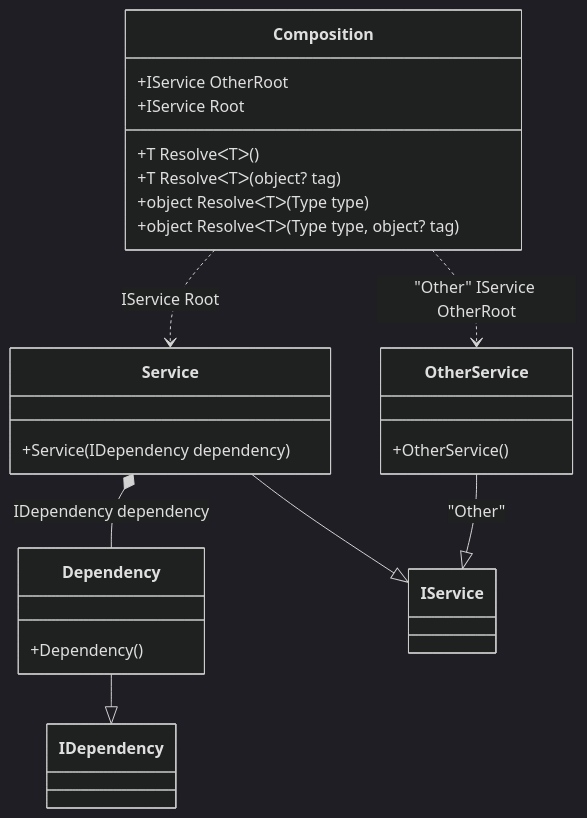
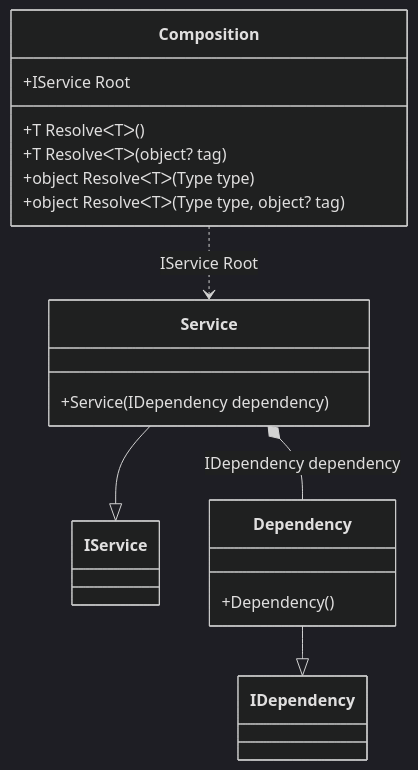
Before and after one commit to DevTeam/Pure.DI: the first of 35 diagrams in readme/Examples.md, drawn with Mermaid (dark theme). The commit also changed other lines of this file and 28 other files, not shown here.

````diff
--- a/readme/Examples.md
+++ b/readme/Examples.md
@@ -42,26 +33,20 @@
 ```mermaid
 classDiagram
 class Composition {
-+IService OtherRoot
 +IService Root
 +T ResolveᐸTᐳ()
 +T ResolveᐸTᐳ(object? tag)
 +object ResolveᐸTᐳ(Type type)
 +object ResolveᐸTᐳ(Type type, object? tag)
 }
+Service --|> IService : 
+class Service {
++Service(IDependency dependency)
+}
 Dependency --|> IDependency : 
 class Dependency {
 +Dependency()
 }
-OtherService --|> IService : "Other" 
-class OtherService {
-+OtherService()
-}
-Service --|> IService : 
-class Service {
-+Service(IDependency dependency)
-}
+Service *--  Dependency : IDependency dependency
 Composition ..> Service : IService Root
-Composition ..> OtherService : "Other" IService OtherRoot
-Service *--  Dependency : IDependency dependency
 ```
````
